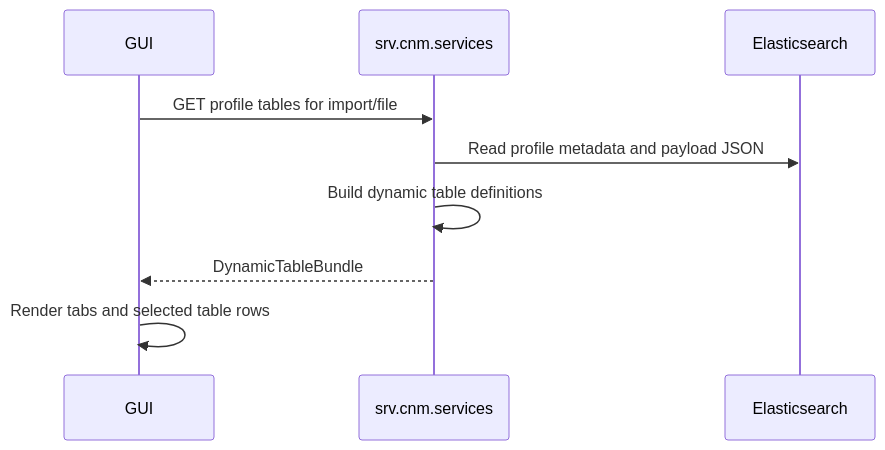
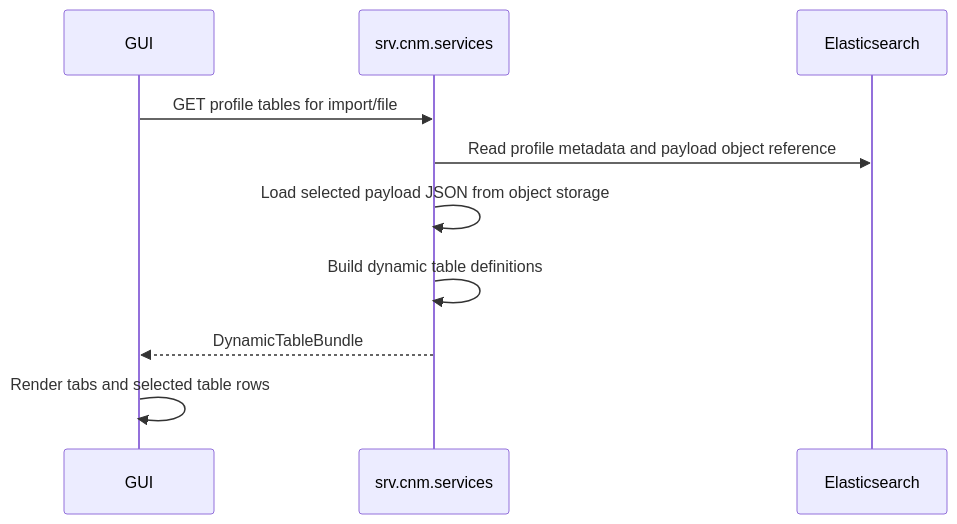
The diagram in doc.arch/RDF_METADATA_MGMT.md (gsrinike/egm-suite), drawn with Mermaid before and after one commit. The commit also changed other lines of this file and 16 other files, not shown here.

Commit message:
Store large model payloads in object storage

````diff
--- a/doc.arch/RDF_METADATA_MGMT.md
+++ b/doc.arch/RDF_METADATA_MGMT.md
@@ -75,12 +82,13 @@
 ```mermaid
 sequenceDiagram
   participant GUI as GUI
   participant CNM as srv.cnm.services
   participant ES as Elasticsearch
 
   GUI->>CNM: GET profile tables for import/file
-  CNM->>ES: Read profile metadata and payload JSON
+  CNM->>ES: Read profile metadata and payload object reference
+  CNM->>CNM: Load selected payload JSON from object storage
   CNM->>CNM: Build dynamic table definitions
   CNM-->>GUI: DynamicTableBundle
   GUI->>GUI: Render tabs and selected table rows
 ```
````
